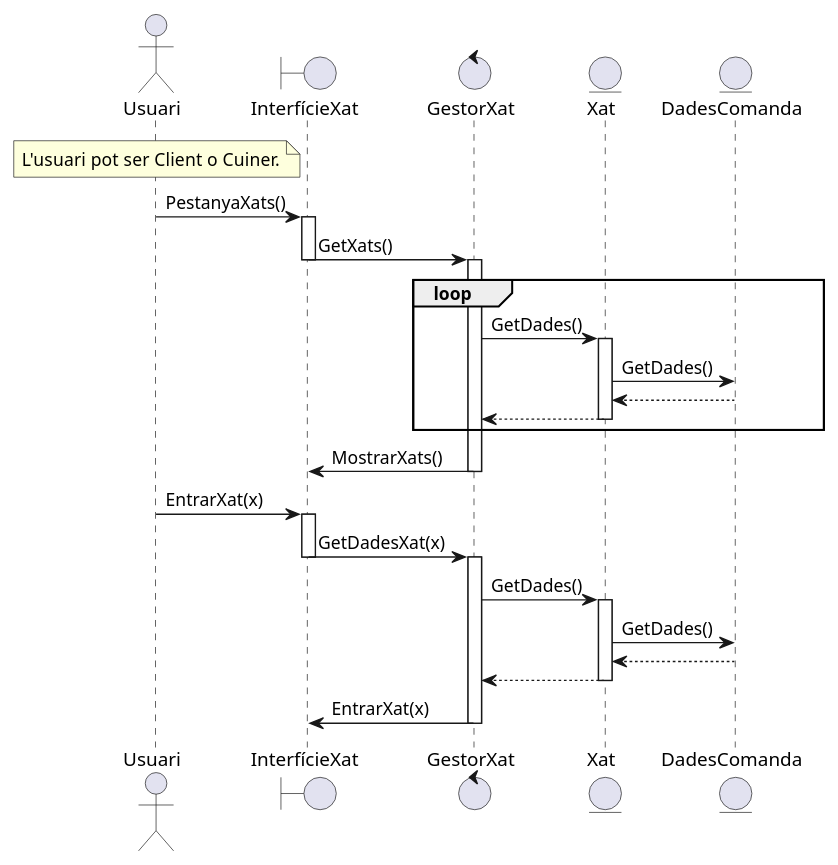
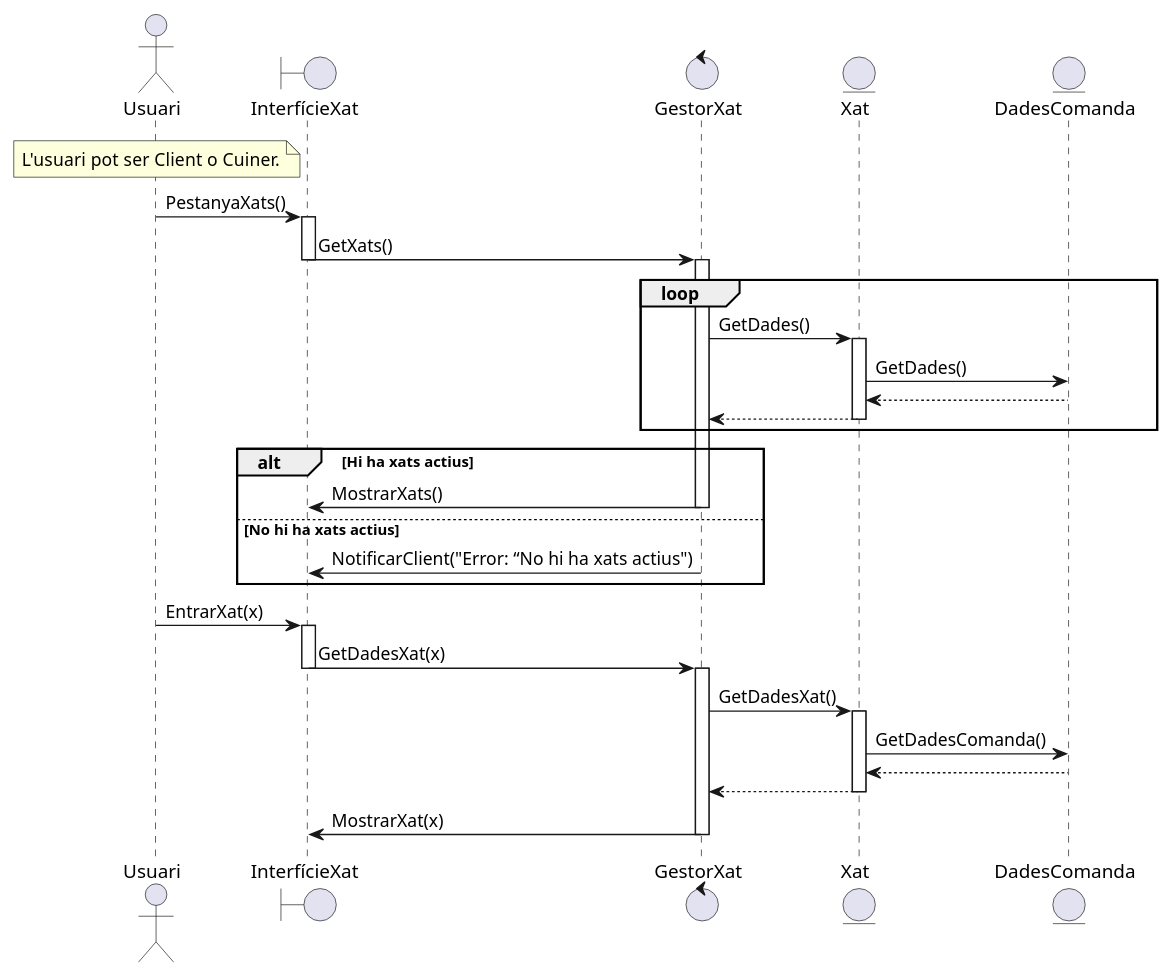
Before and after one commit to martipages/ES23UAB431-02: the diagram in documents/Diagrames i Especificacions/Seqüencia/Hiro! ^3^/2. Mostrar Xats.puml, drawn with PlantUML. The commit also changed 7 other files, not shown here.

```diff
--- a/documents/Diagrames i Especificacions/Seqüencia/Hiro! ^3^/2. Mostrar Xats.puml
+++ b/documents/Diagrames i Especificacions/Seqüencia/Hiro! ^3^/2. Mostrar Xats.puml
@@ -1,28 +1,33 @@
 @startuml
 
 actor Usuari
 note over Usuari: L'usuari pot ser Client o Cuiner.
 boundary InterfícieXat
 control GestorXat
 entity Xat
 entity DadesComanda
 
 Usuari -> InterfícieXat++: PestanyaXats()
 InterfícieXat -> GestorXat--++: GetXats()
 loop
 GestorXat->Xat++: GetDades()
 Xat->DadesComanda: GetDades()
 DadesComanda-->Xat--
 Xat-->GestorXat--
 end
+alt Hi ha xats actius
 GestorXat->InterfícieXat--: MostrarXats() 
+else No hi ha xats actius
+GestorXat->InterfícieXat: NotificarClient("Error: “No hi ha xats actius")
+end
+
 
 Usuari -> InterfícieXat++: EntrarXat(x)
 InterfícieXat -> GestorXat--++: GetDadesXat(x)
-GestorXat->Xat++: GetDades()
-Xat->DadesComanda: GetDades()
+GestorXat->Xat++: GetDadesXat()
+Xat->DadesComanda: GetDadesComanda()
 DadesComanda-->Xat--
 Xat-->GestorXat--
-GestorXat->InterfícieXat--: EntrarXat(x) 
+GestorXat->InterfícieXat--: MostrarXat(x) 
 
 @enduml
```
